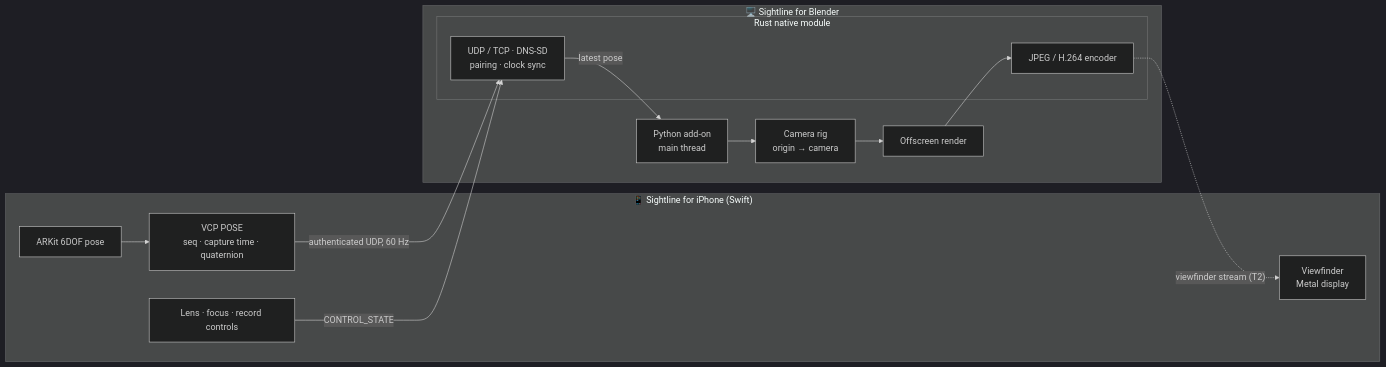
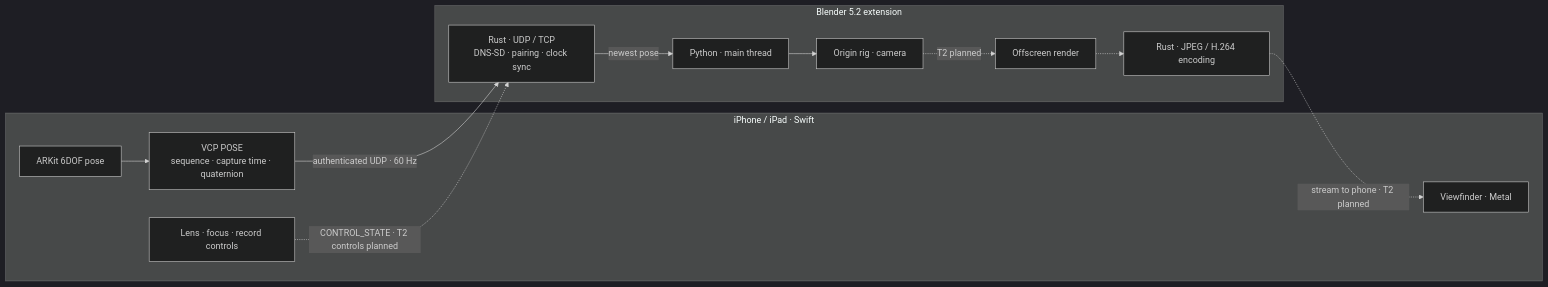
Before and after one commit to 0xkr4t0s/Sightline: the diagram in README.md, drawn with Mermaid (dark theme). The commit also changed other lines of this file, not shown here.

````diff
--- a/README.md
+++ b/README.md
@@ -117,23 +23,18 @@
 ```mermaid
 flowchart LR
-    subgraph Phone["📱 Sightline for iPhone (Swift)"]
-        AR[ARKit 6DOF pose] --> ENC[VCP POSE<br/>seq · capture time · quaternion]
-        VF[Viewfinder<br/>Metal display]
+    subgraph Phone["iPhone / iPad · Swift"]
+        AR[ARKit 6DOF pose] --> ENC[VCP POSE<br/>sequence · capture time · quaternion]
+        VF[Viewfinder · Metal]
         UI[Lens · focus · record controls]
     end
-
-    subgraph Blender["🖥️ Sightline for Blender"]
-        subgraph Rust["Rust native module"]
-            NET[UDP / TCP · DNS-SD<br/>pairing · clock sync]
-            VID[JPEG / H.264 encoder]
-        end
-        PY[Python add-on<br/>main thread] --> CAM[Camera rig<br/>origin → camera]
-        CAM --> RND[Offscreen render]
+    subgraph Host["Blender 5.2 extension"]
+        NET[Rust · UDP / TCP<br/>DNS-SD · pairing · clock sync]
+        PY[Python · main thread] --> CAM[Origin rig · camera]
+        CAM -. "T2 planned" .-> RND[Offscreen render]
+        RND -.-> VID[Rust · JPEG / H.264 encoding]
     end
-
-    ENC -- "authenticated UDP, 60 Hz" --> NET
-    UI -- CONTROL_STATE --> NET
-    NET -- latest pose --> PY
-    RND --> VID
-    VID -. "viewfinder stream (T2)" .-> VF
+    ENC -- "authenticated UDP · 60 Hz" --> NET
+    NET -- newest pose --> PY
+    UI -. "CONTROL_STATE · T2 controls planned" .-> NET
+    VID -. "stream to phone · T2 planned" .-> VF
 ```
````
